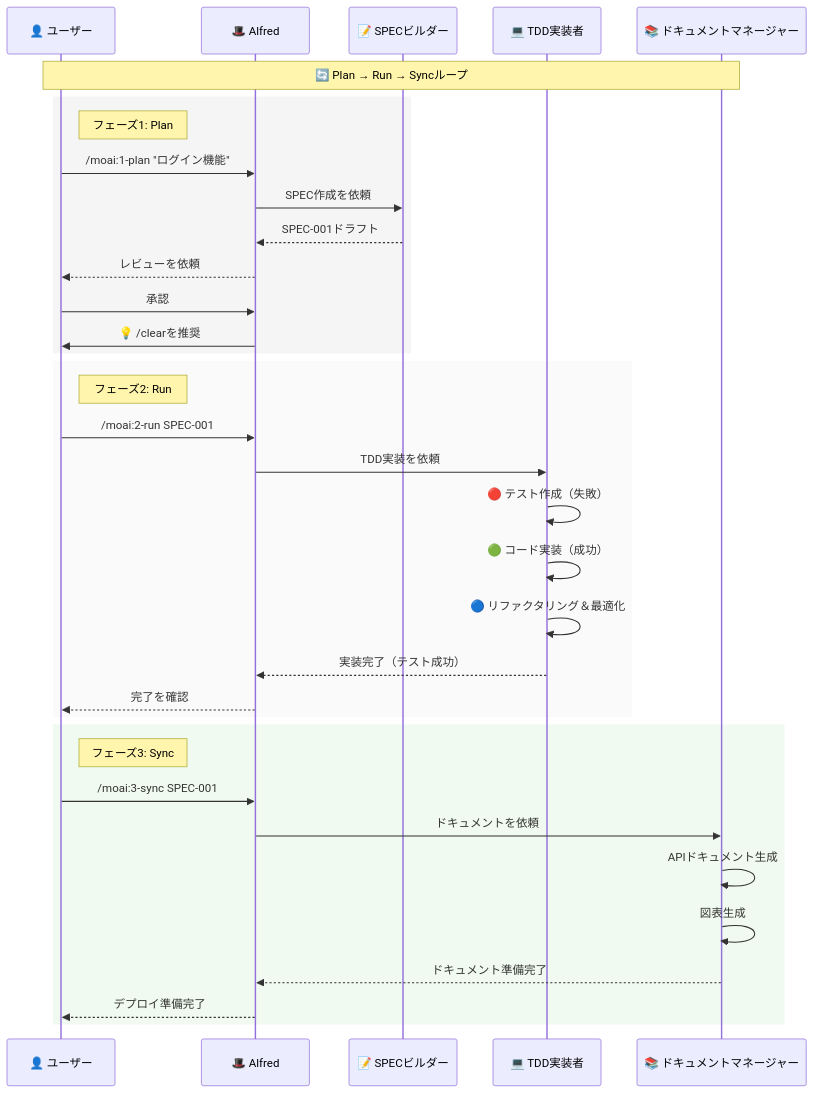
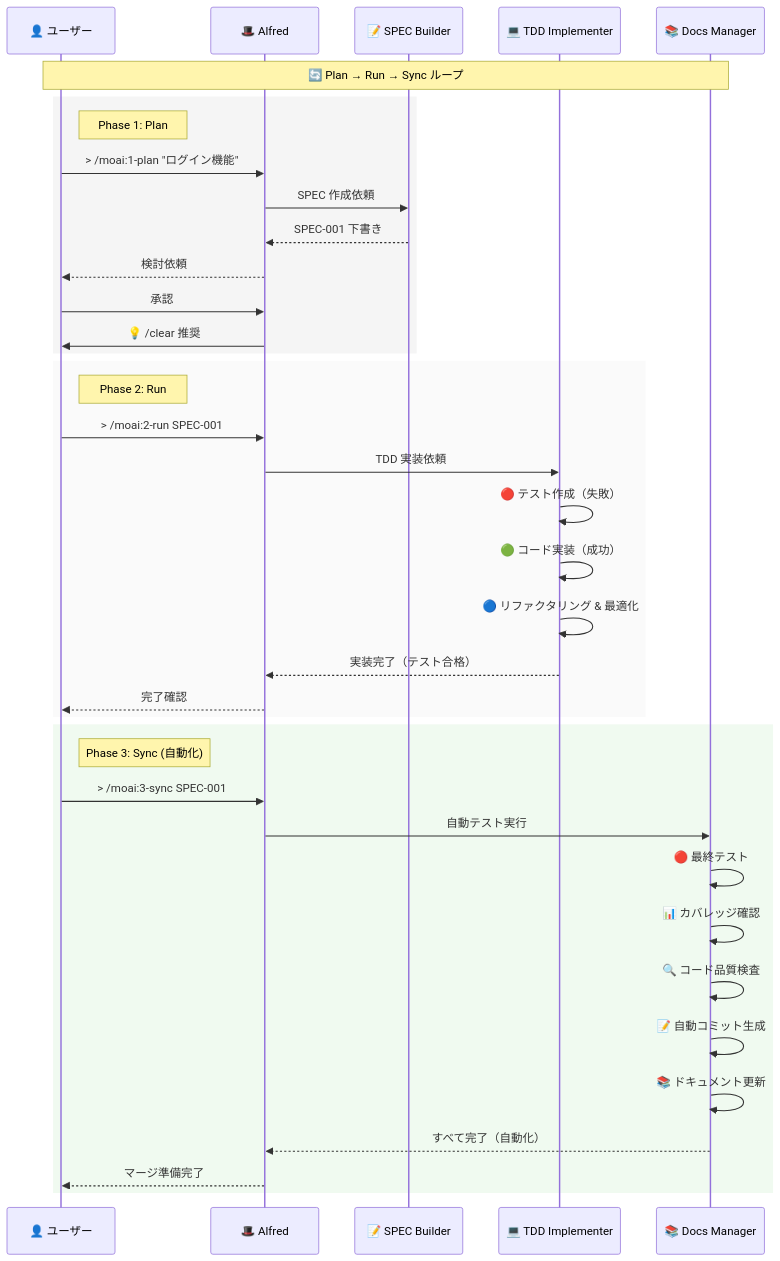
The second of 5 diagrams in README.ja.md (modu-ai/moai-adk), drawn with Mermaid before and after one commit. The commit also changed other lines of this file and 20 other files, not shown here.

````diff
--- a/README.ja.md
+++ b/README.ja.md
@@ -439,41 +439,44 @@
 ```mermaid
 sequenceDiagram
     participant U as 👤 ユーザー
     participant A as 🎩 Alfred
-    participant S as 📝 SPECビルダー
-    participant T as 💻 TDD実装者
-    participant D as 📚 ドキュメントマネージャー
+    participant S as 📝 SPEC Builder
+    participant T as 💻 TDD Implementer
+    participant D as 📚 Docs Manager
 
-    Note over U,D: 🔄 Plan → Run → Syncループ
+    Note over U,D: 🔄 Plan → Run → Sync ループ
 
     rect rgb(245, 245, 245)
-        Note right of U: フェーズ1: Plan
-        U->>A: /moai:1-plan "ログイン機能"
-        A->>S: SPEC作成を依頼
-        S-->>A: SPEC-001ドラフト
-        A-->>U: レビューを依頼
+        Note right of U: Phase 1: Plan
+        U->>A: > /moai:1-plan "ログイン機能"
+        A->>S: SPEC 作成依頼
+        S-->>A: SPEC-001 下書き
+        A-->>U: 検討依頼
         U->>A: 承認
-        A->>U: 💡 /clearを推奨
+        A->>U: 💡 /clear 推奨
     end
 
     rect rgb(250, 250, 250)
-        Note right of U: フェーズ2: Run
-        U->>A: /moai:2-run SPEC-001
-        A->>T: TDD実装を依頼
+        Note right of U: Phase 2: Run
+        U->>A: > /moai:2-run SPEC-001
+        A->>T: TDD 実装依頼
         T->>T: 🔴 テスト作成（失敗）
         T->>T: 🟢 コード実装（成功）
-        T->>T: 🔵 リファクタリング＆最適化
-        T-->>A: 実装完了（テスト成功）
-        A-->>U: 完了を確認
+        T->>T: 🔵 リファクタリング & 最適化
+        T-->>A: 実装完了（テスト合格）
+        A-->>U: 完了確認
     end
 
     rect rgb(240, 250, 240)
-        Note right of U: フェーズ3: Sync
-        U->>A: /moai:3-sync SPEC-001
-        A->>D: ドキュメントを依頼
-        D->>D: APIドキュメント生成
-        D->>D: 図表生成
-        D-->>A: ドキュメント準備完了
-        A-->>U: デプロイ準備完了
+        Note right of U: Phase 3: Sync (自動化)
+        U->>A: > /moai:3-sync SPEC-001
+        A->>D: 自動テスト実行
+        D->>D: 🔴 最終テスト
+        D->>D: 📊 カバレッジ確認
+        D->>D: 🔍 コード品質検査
+        D->>D: 📝 自動コミット生成
+        D->>D: 📚 ドキュメント更新
+        D-->>A: すべて完了（自動化）
+        A-->>U: マージ準備完了
     end
 ```
````
